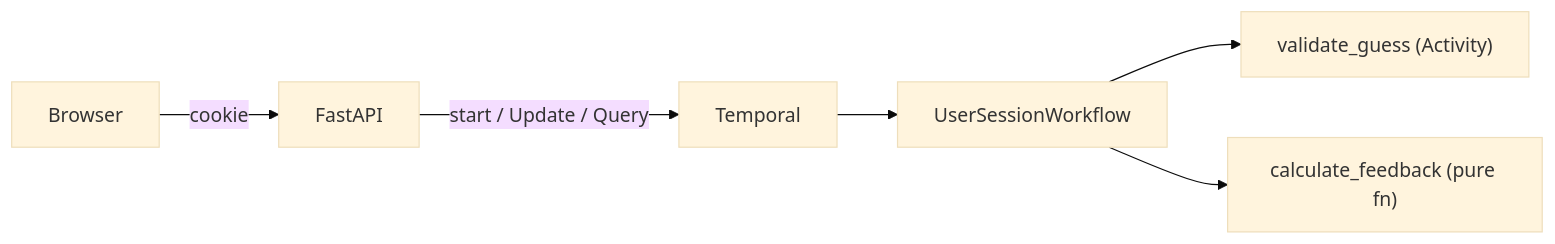
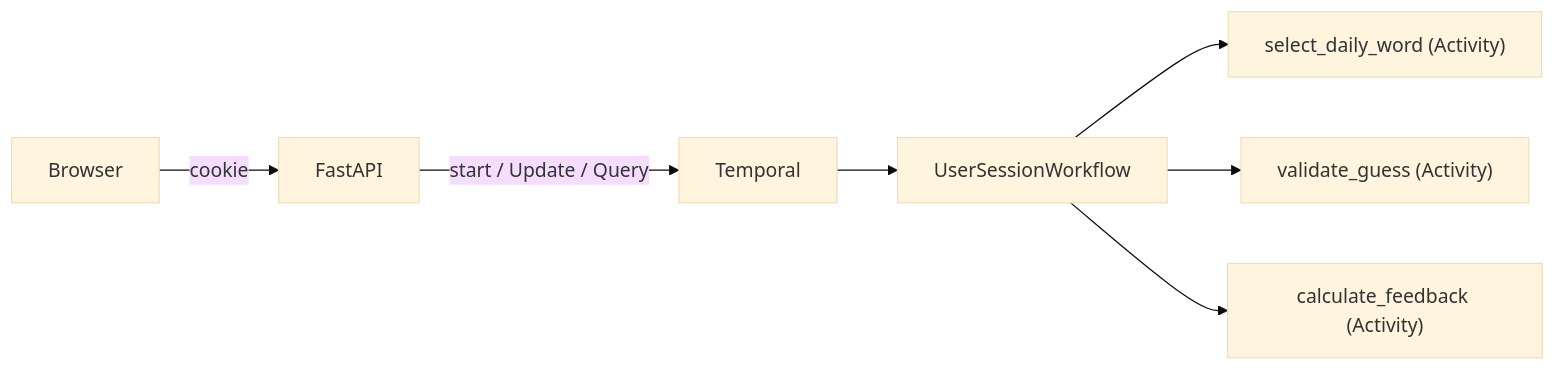
One commit to MasonEgger/durable-wordle changed the diagram in README.md. Above: the diagram before and after it, drawn with Mermaid (base theme). The commit also changed other lines of this file and 16 other files, not shown here.

````diff
--- a/README.md
+++ b/README.md
@@ -43,8 +49,9 @@
 ```mermaid
 flowchart LR
     Browser -->|cookie| FastAPI
     FastAPI -->|start / Update / Query| Temporal
     Temporal --> UserSessionWorkflow
+    UserSessionWorkflow --> select_daily_word["select_daily_word (Activity)"]
     UserSessionWorkflow --> validate_guess["validate_guess (Activity)"]
-    UserSessionWorkflow --> calculate_feedback["calculate_feedback (pure fn)"]
+    UserSessionWorkflow --> calculate_feedback["calculate_feedback (Activity)"]
 ```
````
